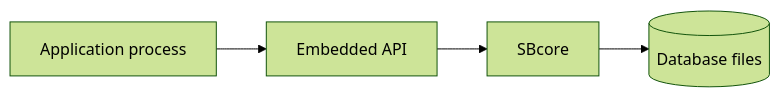
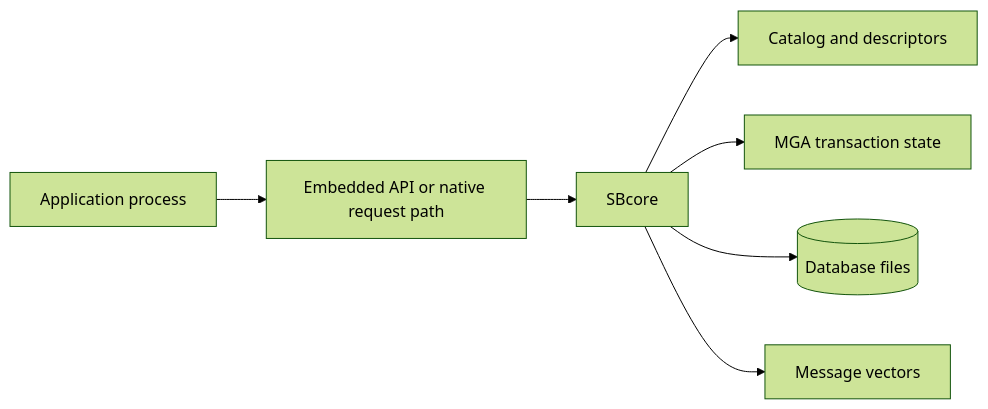
Before and after one commit to scratchbird-software-inc/ScratchBird: the first of 2 diagrams in docs/documentation/draft/Getting_Started/operating_modes/embedded_engine.md, drawn with Mermaid (forest theme). The commit also changed other lines of this file and 23 other files, not shown here.

````diff
--- a/docs/documentation/draft/Getting_Started/operating_modes/embedded_engine.md
+++ b/docs/documentation/draft/Getting_Started/operating_modes/embedded_engine.md
@@ -9,11 +11,17 @@
 ```mermaid
 flowchart LR
     App[Application process]
-    API[Embedded API]
+    API[Embedded API or native request path]
     Engine[SBcore]
-    DB[(Database files)]
+    Catalog[Catalog and descriptors]
+    Txn[MGA transaction state]
+    Storage[(Database files)]
+    Diagnostics[Message vectors]
 
     App --> API
     API --> Engine
-    Engine --> DB
+    Engine --> Catalog
+    Engine --> Txn
+    Engine --> Storage
+    Engine --> Diagnostics
 ```
````
